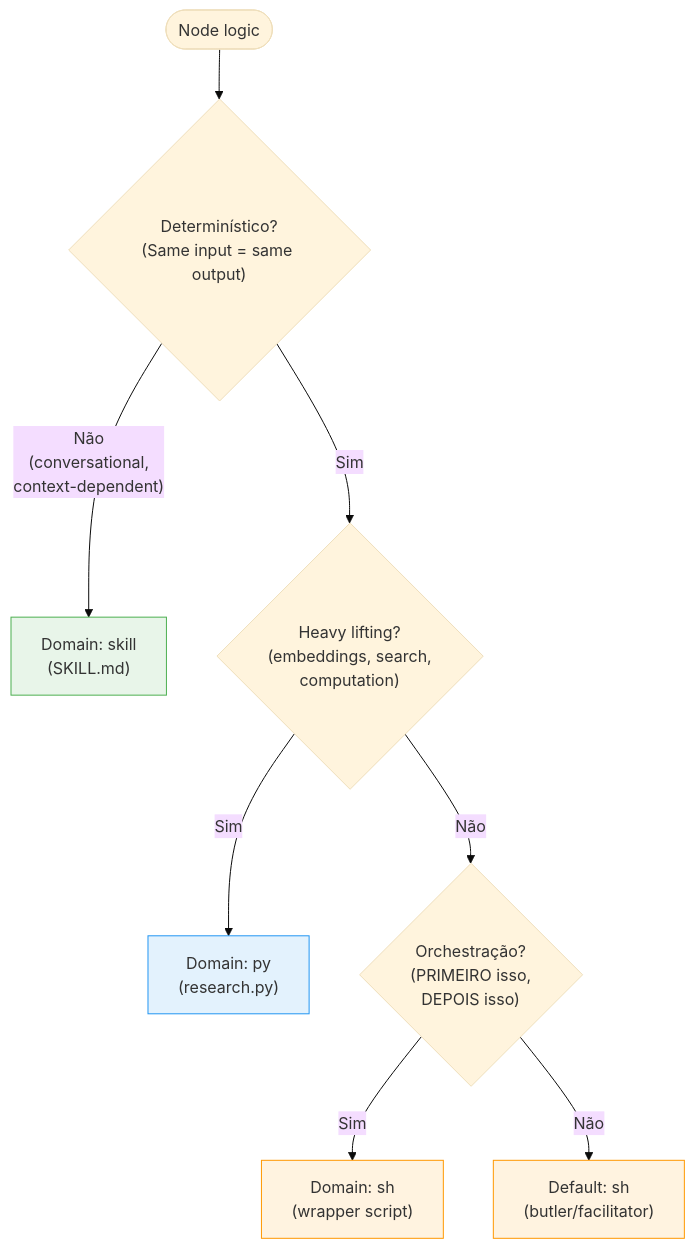
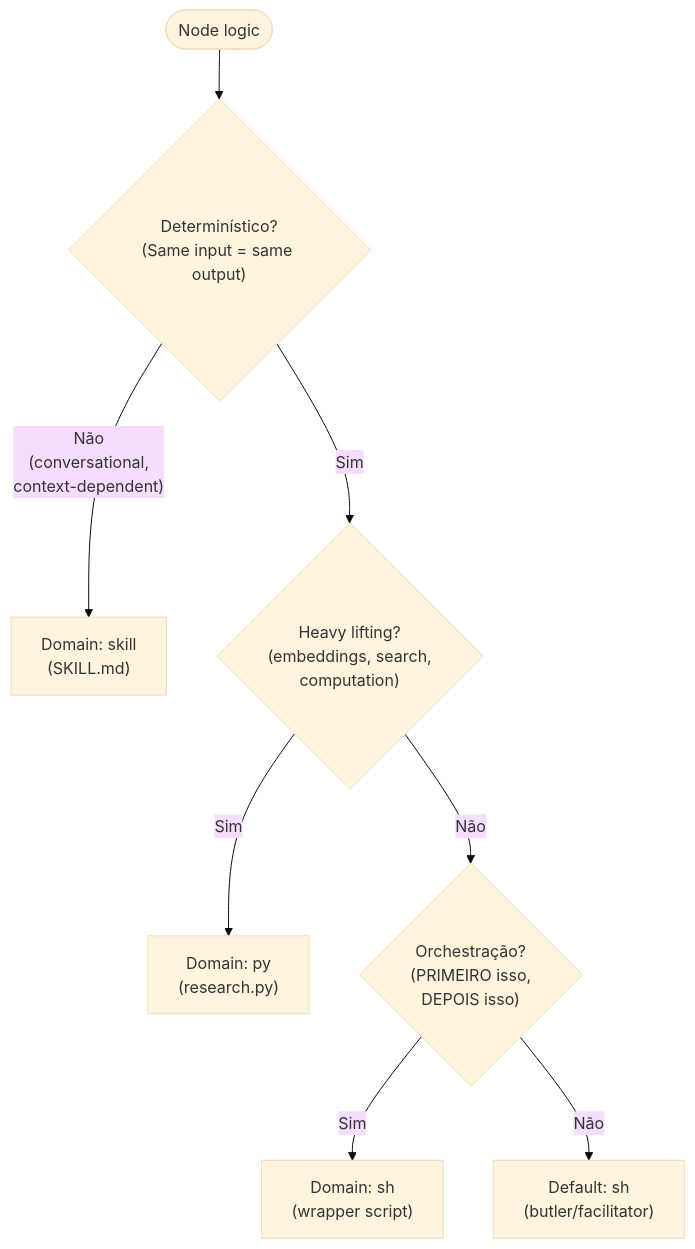
Before and after one commit to nonlinear/librarian: the second of 2 diagrams in backstage/epic-notes/v0.15.0-skill-protocol.md, drawn with Mermaid (base theme). The commit also changed other lines of this file, not shown here.

````diff
--- a/backstage/epic-notes/v0.15.0-skill-protocol.md
+++ b/backstage/epic-notes/v0.15.0-skill-protocol.md
@@ -189,19 +189,14 @@
 ```mermaid
 flowchart TB
     START(["Node logic"])
     START --> Q1{"Determinístico?<br>(Same input = same output)"}
     
     Q1 -->|"Não<br>(conversational,<br>context-dependent)"| SKILL["Domain: skill<br>(SKILL.md)"]
     Q1 -->|"Sim"| Q2{"Heavy lifting?<br>(embeddings, search,<br>computation)"}
     
     Q2 -->|"Sim"| PY["Domain: py<br>(research.py)"]
     Q2 -->|"Não"| Q3{"Orchestração?<br>(PRIMEIRO isso,<br>DEPOIS isso)"}
     
     Q3 -->|"Sim"| SH["Domain: sh<br>(wrapper script)"]
     Q3 -->|"Não"| UNCLEAR["Default: sh<br>(butler/facilitator)"]
-    
-    style SKILL fill:#E8F5E9,stroke:#4CAF50
-    style PY fill:#E3F2FD,stroke:#2196F3
-    style SH fill:#FFF3E0,stroke:#FF9800
-    style UNCLEAR fill:#FFF3E0,stroke:#FF9800
 ```
````
